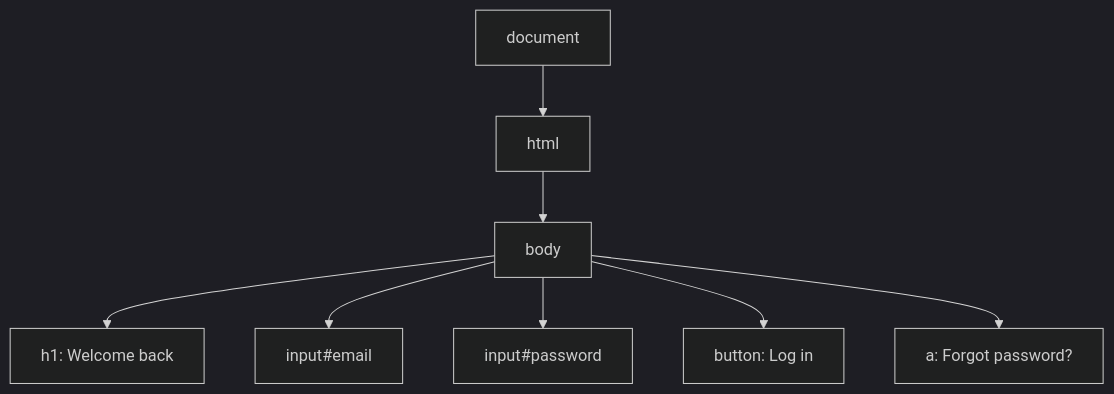
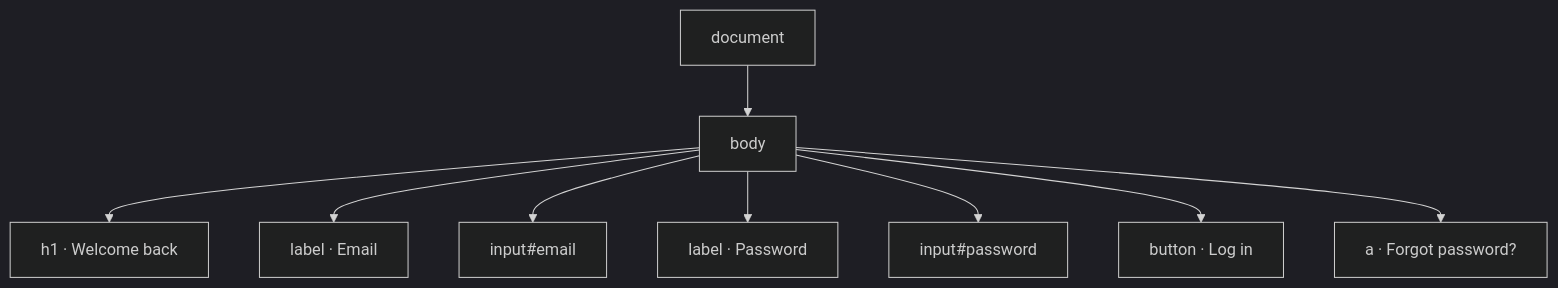
One commit to rmishr-1/Playwright_learning_studio changed the first of 7 diagrams in Data/Source/course/markdown/day1.md. Above: the diagram before and after it, drawn with Mermaid (dark theme). The commit also changed other lines of this file and 184 other files, not shown here.

````diff
--- a/Data/Source/course/markdown/day1.md
+++ b/Data/Source/course/markdown/day1.md
@@ -110,10 +144,11 @@
 ```mermaid
 flowchart TD
-  doc[document] --> html[html]
-  html --> body[body]
-  body --> h1["h1: Welcome back"]
+  doc[document] --> body[body]
+  body --> h1["h1 · Welcome back"]
+  body --> l1["label · Email"]
   body --> email["input#email"]
+  body --> l2["label · Password"]
   body --> pwd["input#password"]
-  body --> btn["button: Log in"]
-  body --> link["a: Forgot password?"]
+  body --> btn["button · Log in"]
+  body --> link["a · Forgot password?"]
 ```
````
